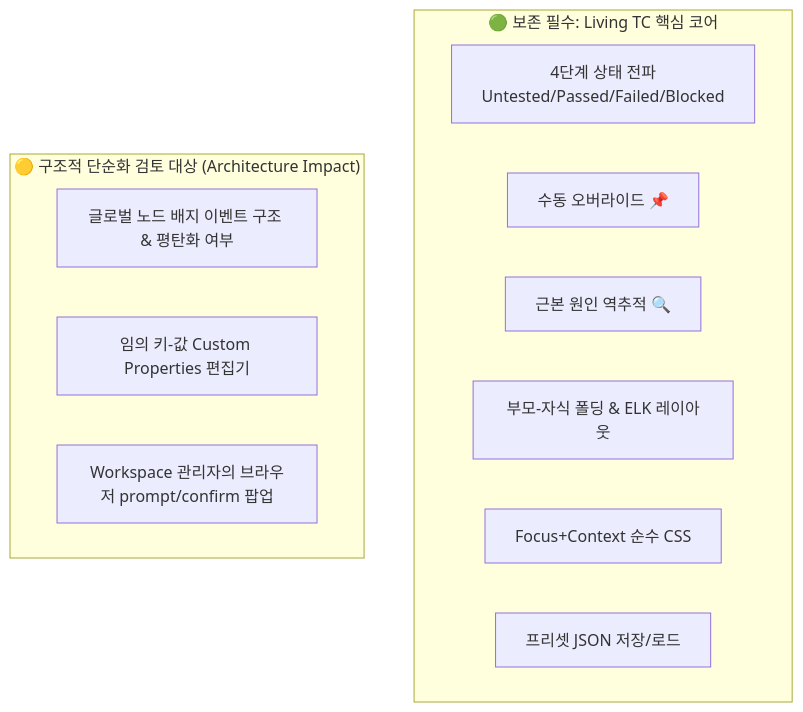
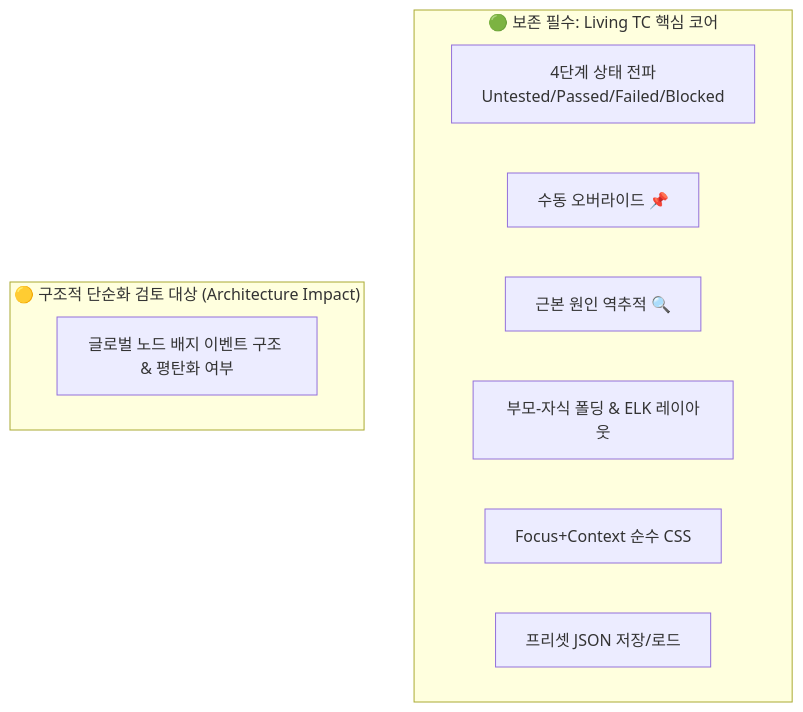
Before and after one commit to SDDON/Coveragemap: the diagram in FEATURE_PRUNING_GUIDE.md, drawn with Mermaid. The commit also changed other lines of this file and 6 other files, not shown here.

````diff
--- a/FEATURE_PRUNING_GUIDE.md
+++ b/FEATURE_PRUNING_GUIDE.md
@@ -15,17 +15,15 @@
 ```mermaid
 graph TD
     subgraph Core [" 🟢 보존 필수: Living TC 핵심 코어 "]
         A[4단계 상태 전파<br/>Untested/Passed/Failed/Blocked]
         B[수동 오버라이드 📌]
         C[근본 원인 역추적 🔍]
         D[부모-자식 폴딩 & ELK 레이아웃]
         E[Focus+Context 순수 CSS]
         F[프리셋 JSON 저장/로드]
     end
 
     subgraph Simplification [" 🟡 구조적 단순화 검토 대상 (Architecture Impact) "]
         K[글로벌 노드 배지 이벤트 구조 & 평탄화 여부]
-        L[임의 키-값 Custom Properties 편집기]
-        M[Workspace 관리자의 브라우저 prompt/confirm 팝업]
     end
 ```
````
